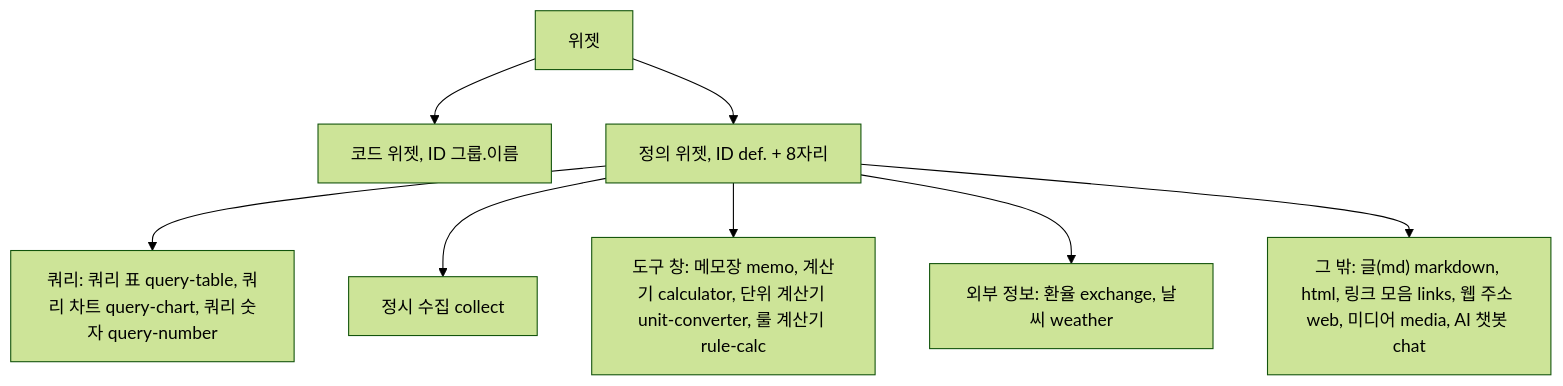
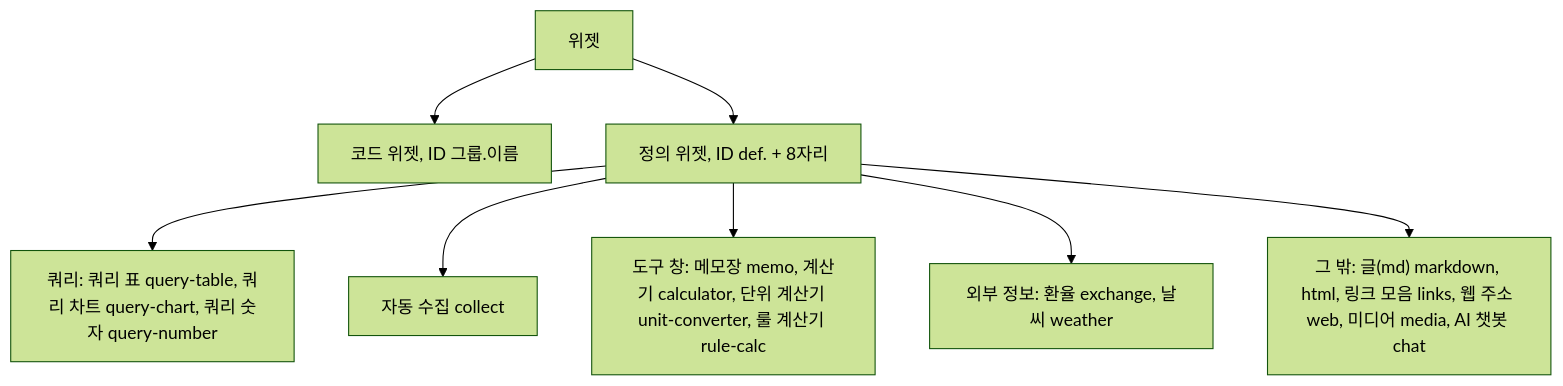
One commit to jongik-sv/dmes-standard changed the first of 7 diagrams in docs/guide/FrontEnd/Widget-Authoring-Guide.md. Above: the diagram before and after it, drawn with Mermaid (forest theme). The commit also changed other lines of this file and 19 other files, not shown here.

````diff
--- a/docs/guide/FrontEnd/Widget-Authoring-Guide.md
+++ b/docs/guide/FrontEnd/Widget-Authoring-Guide.md
@@ -42,10 +42,10 @@
 ```mermaid
 flowchart TB
   W["위젯"] --> C["코드 위젯, ID 그룹.이름"]
   W --> D["정의 위젯, ID def. + 8자리"]
   D --> Q["쿼리: 쿼리 표 query-table, 쿼리 차트 query-chart, 쿼리 숫자 query-number"]
-  D --> CL["정시 수집 collect"]
+  D --> CL["자동 수집 collect"]
   D --> F["도구 창: 메모장 memo, 계산기 calculator, 단위 계산기 unit-converter, 룰 계산기 rule-calc"]
   D --> EX["외부 정보: 환율 exchange, 날씨 weather"]
   D --> O["그 밖: 글(md) markdown, html, 링크 모음 links, 웹 주소 web, 미디어 media, AI 챗봇 chat"]
 ```
````
